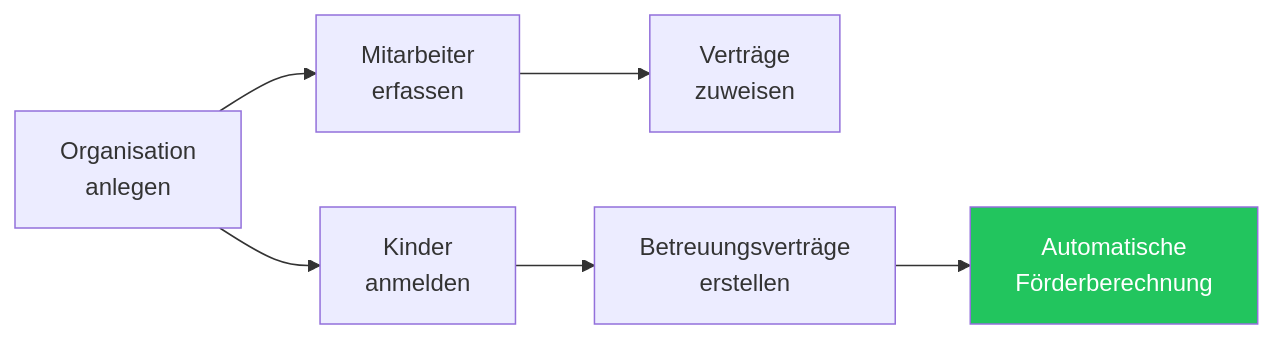
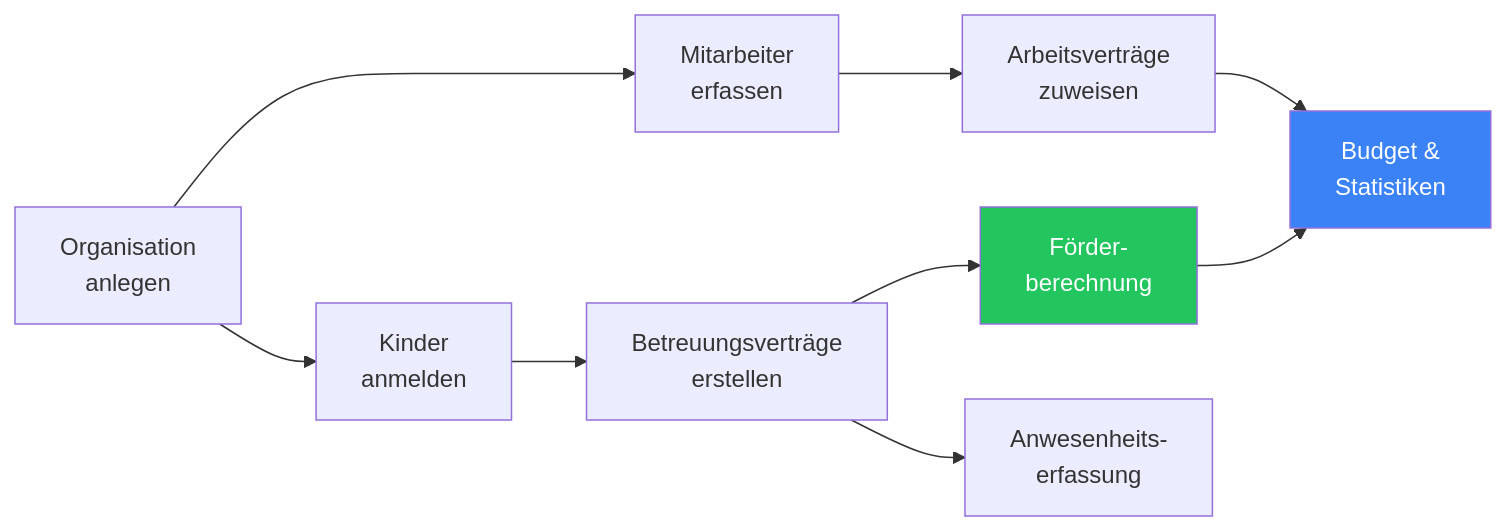
The first of 2 diagrams in website/content/de/features/_index.md (toabctl/kitamanager-go), drawn with Mermaid before and after one commit. The commit also changed other lines of this file and 11 other files, not shown here.

````diff
--- a/website/content/de/features/_index.md
+++ b/website/content/de/features/_index.md
@@ -12,9 +12,13 @@
 ```mermaid
 flowchart LR
     A["Organisation<br/>anlegen"] --> B["Mitarbeiter<br/>erfassen"]
     A --> C["Kinder<br/>anmelden"]
-    B --> D["Verträge<br/>zuweisen"]
+    B --> D["Arbeitsverträge<br/>zuweisen"]
     C --> E["Betreuungsverträge<br/>erstellen"]
-    E --> F["Automatische<br/>Förderberechnung"]
+    E --> F["Förder-<br/>berechnung"]
+    E --> G["Anwesenheits-<br/>erfassung"]
+    D --> H["Budget &<br/>Statistiken"]
+    F --> H
     style F fill:#22c55e,color:#fff
+    style H fill:#3b82f6,color:#fff
 ```
````
